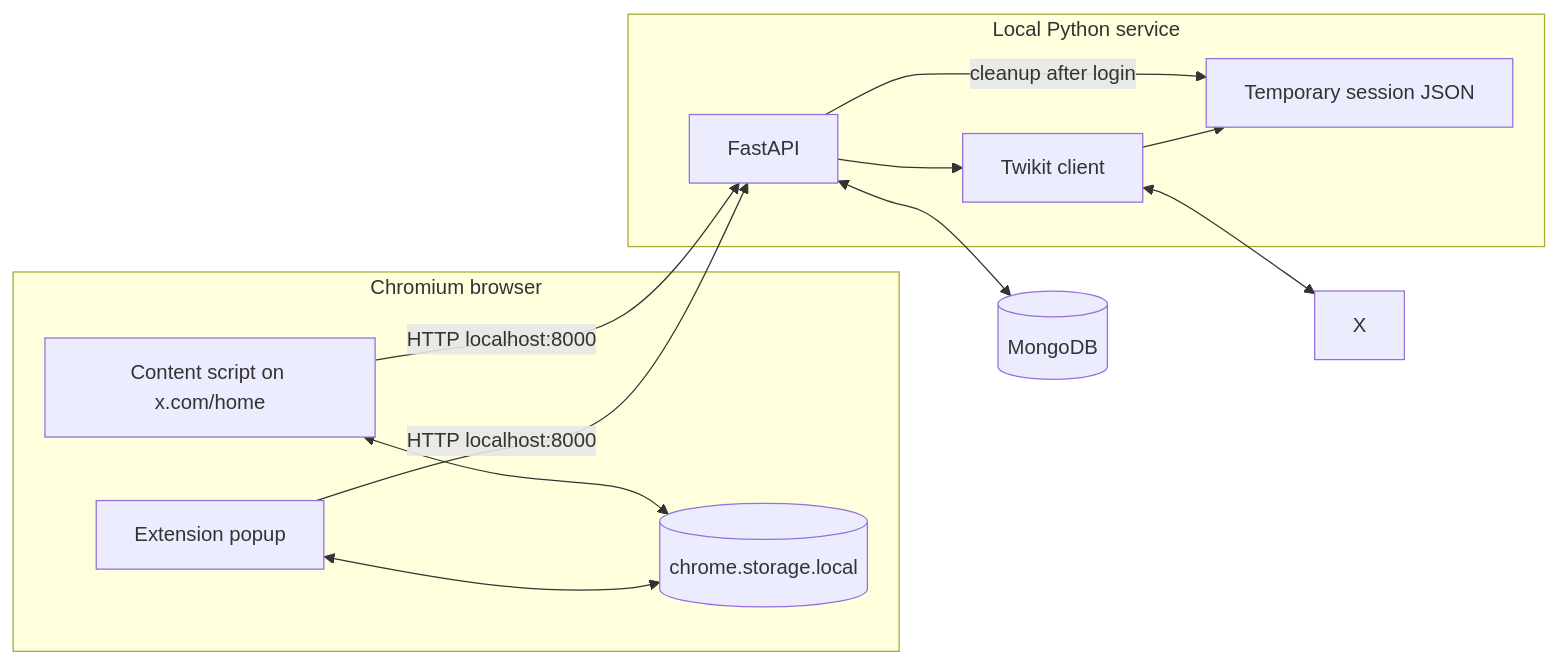
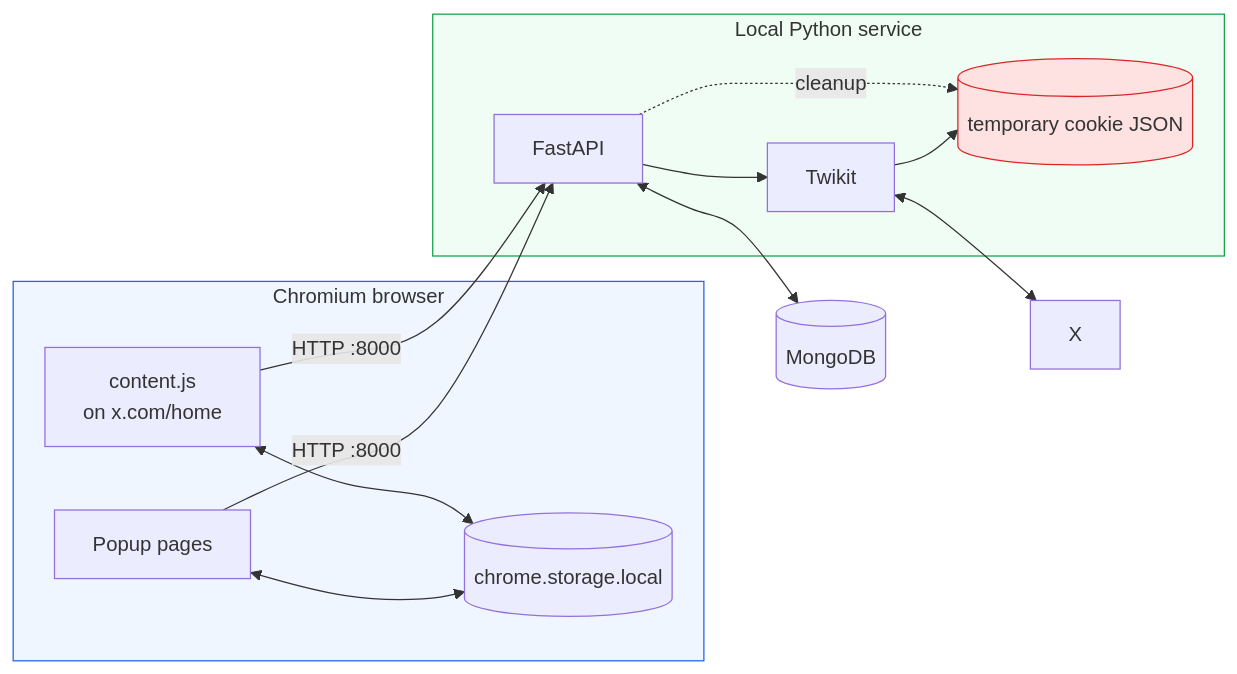
One commit to SidheshwarSarangal/X_feed_extension changed the first of 6 diagrams in docs/architecture.md. Above: the diagram before and after it, drawn with Mermaid. The commit also changed other lines of this file and 5 other files, not shown here.

````diff
--- a/docs/architecture.md
+++ b/docs/architecture.md
@@ -9,27 +7,31 @@
 ```mermaid
 flowchart LR
     subgraph Browser[Chromium browser]
-        Popup[Extension popup]
-        Content[Content script on x.com/home]
-        Local[(chrome.storage.local)]
+        Popup[Popup pages]
+        Content[content.js<br/>on x.com/home]
+        Storage[(chrome.storage.local)]
     end
 
-    subgraph Service[Local Python service]
+    subgraph Local[Local Python service]
         API[FastAPI]
-        Twikit[Twikit client]
-        Temp[Temporary session JSON]
+        Client[Twikit]
+        Temp[(temporary cookie JSON)]
     end
 
     Mongo[(MongoDB)]
     X[X]
 
-    Popup -->|HTTP localhost:8000| API
-    Popup <--> Local
-    Content <--> Local
-    Content -->|HTTP localhost:8000| API
+    Popup -->|HTTP :8000| API
+    Popup <--> Storage
+    Content <--> Storage
+    Content -->|HTTP :8000| API
     API <--> Mongo
-    API --> Twikit
-    Twikit <--> X
-    Twikit --> Temp
-    API -->|cleanup after login| Temp
+    API --> Client
+    Client <--> X
+    Client --> Temp
+    API -. cleanup .-> Temp
+
+    style Browser fill:#eff6ff,stroke:#2563eb
+    style Local fill:#f0fdf4,stroke:#16a34a
+    style Temp fill:#fee2e2,stroke:#dc2626
 ```
````
